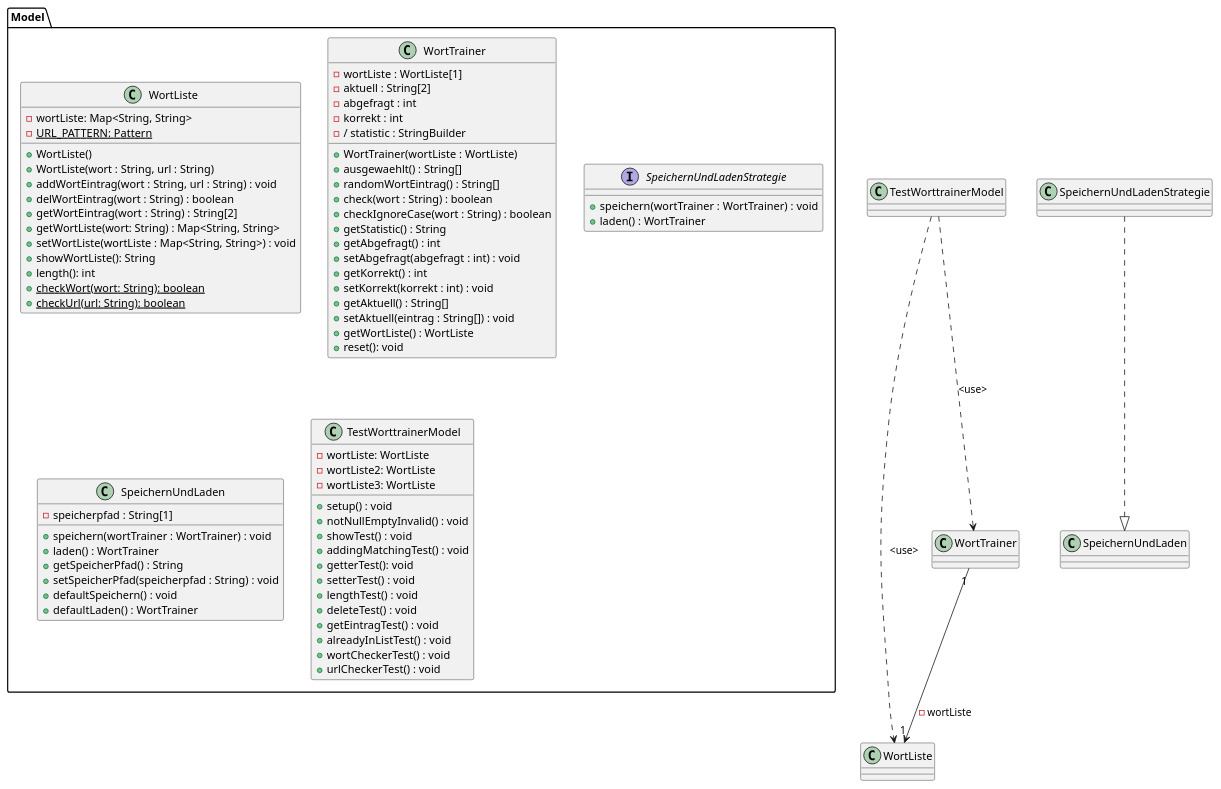
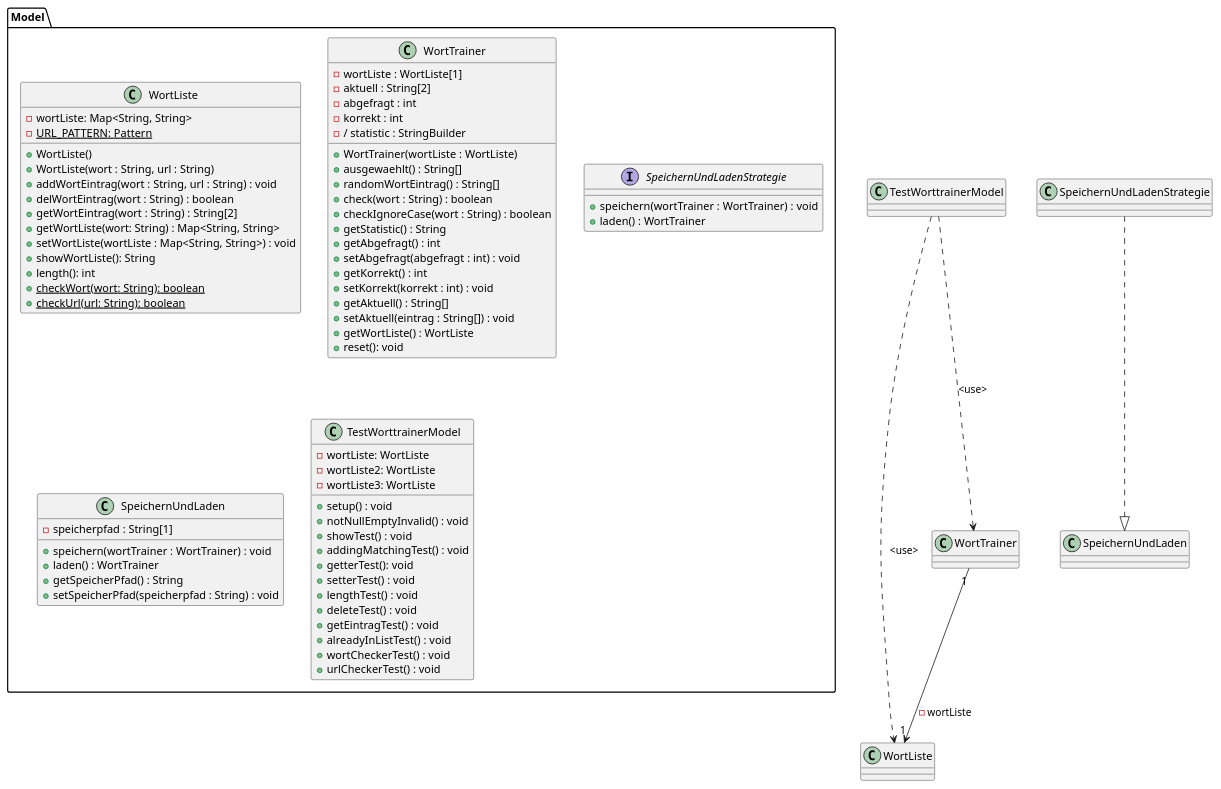
One commit to TGM-HIT/sew9-2425-worttrainer-Batscho changed the diagram in src/main/resources/Worttrainer Reloaded.puml. Above: the diagram before and after it, drawn with PlantUML. The commit also changed 1 other file, not shown here.

Commit message:
[GK] Worttrainer Reloaded Commit 41: Es wurde das UML nochmals überarbeitet bezüglich Redundanz und auch die speichern-Methode geschrieben mittels Gson.

```diff
--- a/src/main/resources/Worttrainer Reloaded.puml
+++ b/src/main/resources/Worttrainer Reloaded.puml
@@ -1,81 +1,79 @@
 @startuml
 'https://plantuml.com/class-diagram
 
 TestWorttrainerModel ..> WortListe : <use>
 TestWorttrainerModel ..> WortTrainer : <use>
 WortTrainer "1" --> "1" WortListe : - wortListe
 SpeichernUndLadenStrategie ..|> SpeichernUndLaden
 package Model {
 class WortListe {
 - wortListe: Map<String, String>
 - {static} URL_PATTERN: Pattern
 + WortListe()
 + WortListe(wort : String, url : String)
 + addWortEintrag(wort : String, url : String) : void
 + delWortEintrag(wort : String) : boolean
 + getWortEintrag(wort : String) : String[2]
 + getWortListe(wort: String) : Map<String, String>
 + setWortListe(wortListe : Map<String, String>) : void
 + showWortListe(): String
 + length(): int
 + {static} checkWort(wort: String): boolean
 + {static} checkUrl(url: String): boolean
 }
 
 class WortTrainer {
 - wortListe : WortListe[1]
 - aktuell : String[2]
 - abgefragt : int
 - korrekt : int
 - / statistic : StringBuilder
 + WortTrainer(wortListe : WortListe)
 + ausgewaehlt() : String[]
 + randomWortEintrag() : String[]
 + check(wort : String) : boolean
 + checkIgnoreCase(wort : String) : boolean
 + getStatistic() : String
 + getAbgefragt() : int
 + setAbgefragt(abgefragt : int) : void
 + getKorrekt() : int
 + setKorrekt(korrekt : int) : void
 + getAktuell() : String[]
 + setAktuell(eintrag : String[]) : void
 + getWortListe() : WortListe
 + reset(): void
 }
 
 interface SpeichernUndLadenStrategie {
 + speichern(wortTrainer : WortTrainer) : void
 + laden() : WortTrainer
 }
 
 class SpeichernUndLaden {
 - speicherpfad : String[1]
 + speichern(wortTrainer : WortTrainer) : void
 + laden() : WortTrainer
 + getSpeicherPfad() : String
 + setSpeicherPfad(speicherpfad : String) : void
-+ defaultSpeichern() : void
-+ defaultLaden() : WortTrainer
 }
 
 
 class TestWorttrainerModel {
 - wortListe: WortListe
 - wortListe2: WortListe
 - wortListe3: WortListe
 + setup() : void
 + notNullEmptyInvalid() : void
 + showTest() : void
 + addingMatchingTest() : void
 + getterTest(): void
 + setterTest() : void
 + lengthTest() : void
 + deleteTest() : void
 + getEintragTest() : void
 + alreadyInListTest() : void
 + wortCheckerTest() : void
 + urlCheckerTest() : void
 }
 
 @enduml
```
